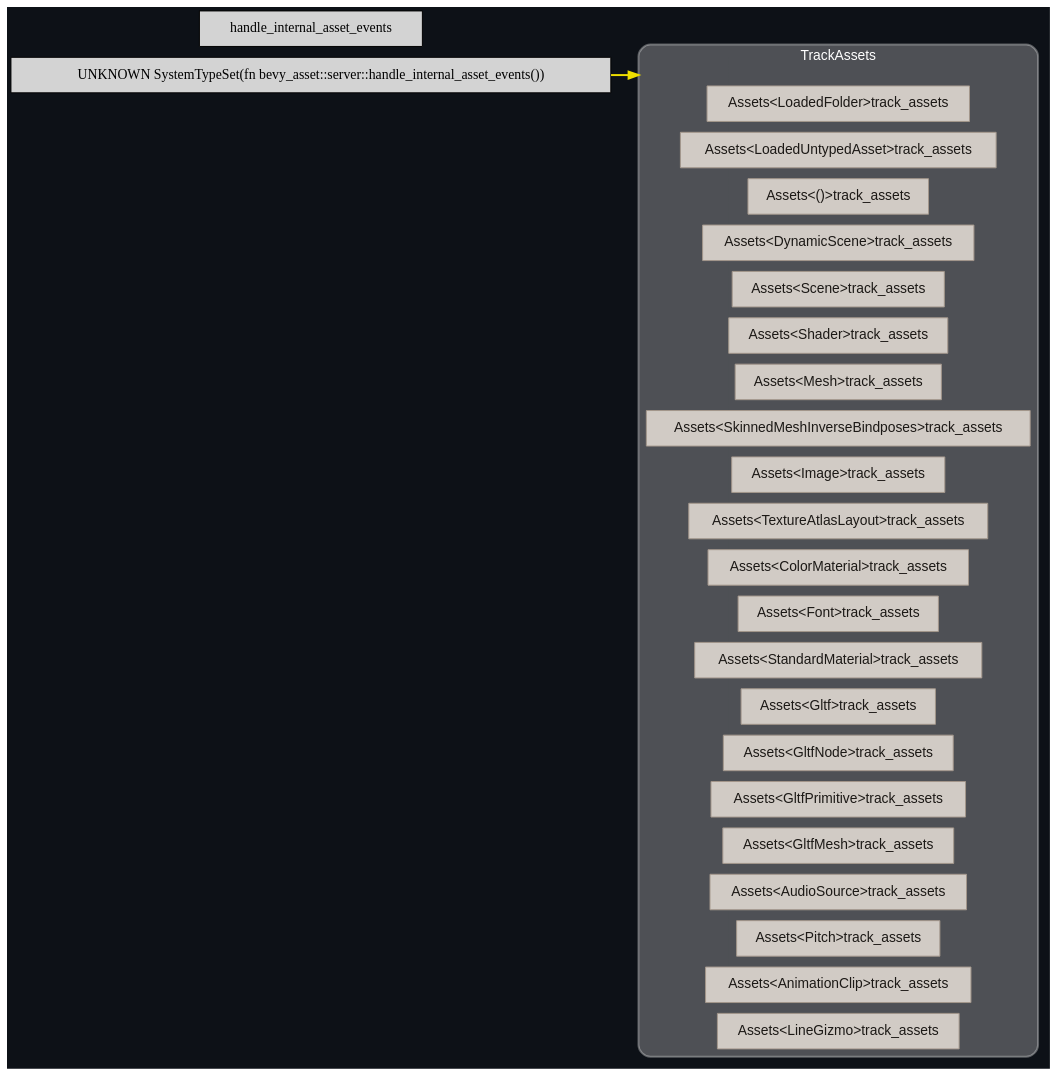
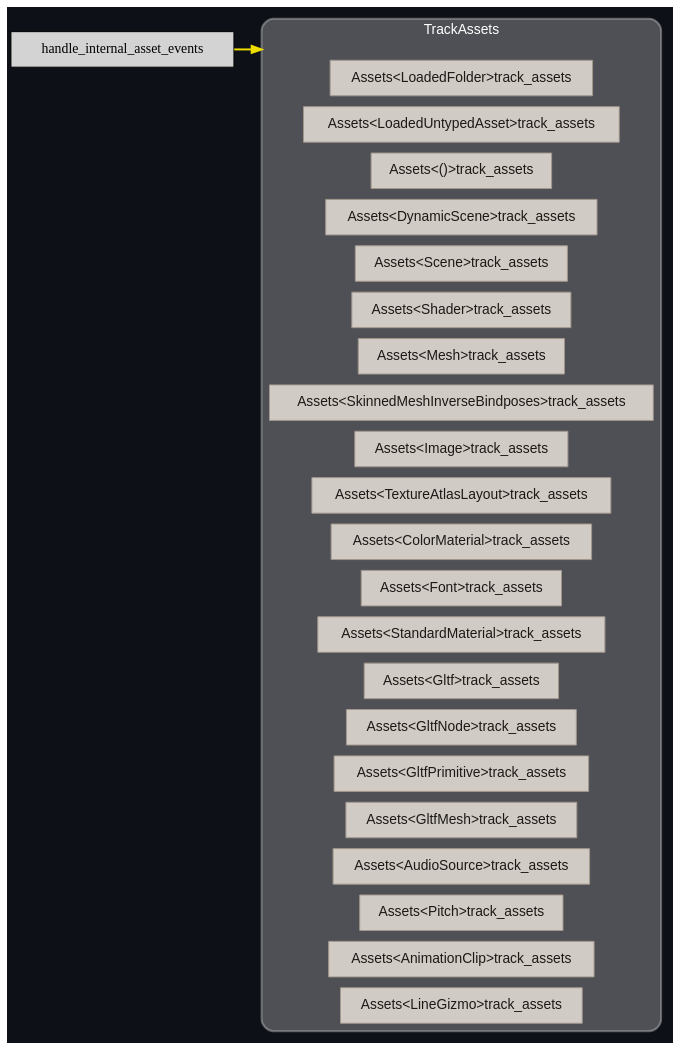
The diagram in docs/schedule/dark/schedule_UpdateAssets.dot (jakobhellermann/bevy_mod_debugdump), drawn with Graphviz before and after one commit. The commit also changed 52 other files, not shown here.

```diff
--- a/docs/schedule/dark/schedule_UpdateAssets.dot
+++ b/docs/schedule/dark/schedule_UpdateAssets.dot
@@ -1,44 +1,44 @@
 digraph "" {
 	"compound"="true";
 	"splines"="spline";
 	"rankdir"="LR";
 	"bgcolor"="#0d1117";
 	"fontname"="Helvetica";
 	"nodesep"="0.15";
 	edge ["penwidth"="2"];
 	node ["shape"="box", "style"="filled"];
 	subgraph "clusternode_Set(1)" {
 		"style"="rounded,filled";
 		"label"="TrackAssets";
 		"tooltip"="TrackAssets";
 		"fillcolor"="#ffffff44";
 		"fontcolor"="#ffffff";
 		"color"="#ffffff50";
 		"penwidth"="2";
 		"set_marker_node_Set(1)" ["style"="invis", "label"="", "height"="0", "shape"="point"]
 		"node_System(0)" ["label"="Assets<LoadedFolder>track_assets", "tooltip"="bevy_asset::assets::Assets<bevy_asset::folder::LoadedFolder>::track_assets", "fillcolor"="#d1cbc5", "fontname"="Helvetica", "fontcolor"="#1c1916", "color"="#a3978c", "penwidth"="1"]
 		"node_System(1)" ["label"="Assets<LoadedUntypedAsset>track_assets", "tooltip"="bevy_asset::assets::Assets<bevy_asset::assets::LoadedUntypedAsset>::track_assets", "fillcolor"="#d1cbc5", "fontname"="Helvetica", "fontcolor"="#1c1916", "color"="#a3978c", "penwidth"="1"]
 		"node_System(2)" ["label"="Assets<()>track_assets", "tooltip"="bevy_asset::assets::Assets<()>::track_assets", "fillcolor"="#d1cbc5", "fontname"="Helvetica", "fontcolor"="#1c1916", "color"="#a3978c", "penwidth"="1"]
 		"node_System(4)" ["label"="Assets<DynamicScene>track_assets", "tooltip"="bevy_asset::assets::Assets<bevy_scene::dynamic_scene::DynamicScene>::track_assets", "fillcolor"="#d1cbc5", "fontname"="Helvetica", "fontcolor"="#1c1916", "color"="#a3978c", "penwidth"="1"]
 		"node_System(5)" ["label"="Assets<Scene>track_assets", "tooltip"="bevy_asset::assets::Assets<bevy_scene::scene::Scene>::track_assets", "fillcolor"="#d1cbc5", "fontname"="Helvetica", "fontcolor"="#1c1916", "color"="#a3978c", "penwidth"="1"]
 		"node_System(6)" ["label"="Assets<Shader>track_assets", "tooltip"="bevy_asset::assets::Assets<bevy_render::render_resource::shader::Shader>::track_assets", "fillcolor"="#d1cbc5", "fontname"="Helvetica", "fontcolor"="#1c1916", "color"="#a3978c", "penwidth"="1"]
 		"node_System(7)" ["label"="Assets<Mesh>track_assets", "tooltip"="bevy_asset::assets::Assets<bevy_render::mesh::mesh::Mesh>::track_assets", "fillcolor"="#d1cbc5", "fontname"="Helvetica", "fontcolor"="#1c1916", "color"="#a3978c", "penwidth"="1"]
 		"node_System(8)" ["label"="Assets<SkinnedMeshInverseBindposes>track_assets", "tooltip"="bevy_asset::assets::Assets<bevy_render::mesh::mesh::skinning::SkinnedMeshInverseBindposes>::track_assets", "fillcolor"="#d1cbc5", "fontname"="Helvetica", "fontcolor"="#1c1916", "color"="#a3978c", "penwidth"="1"]
 		"node_System(9)" ["label"="Assets<Image>track_assets", "tooltip"="bevy_asset::assets::Assets<bevy_render::texture::image::Image>::track_assets", "fillcolor"="#d1cbc5", "fontname"="Helvetica", "fontcolor"="#1c1916", "color"="#a3978c", "penwidth"="1"]
 		"node_System(10)" ["label"="Assets<TextureAtlasLayout>track_assets", "tooltip"="bevy_asset::assets::Assets<bevy_sprite::texture_atlas::TextureAtlasLayout>::track_assets", "fillcolor"="#d1cbc5", "fontname"="Helvetica", "fontcolor"="#1c1916", "color"="#a3978c", "penwidth"="1"]
 		"node_System(11)" ["label"="Assets<ColorMaterial>track_assets", "tooltip"="bevy_asset::assets::Assets<bevy_sprite::mesh2d::color_material::ColorMaterial>::track_assets", "fillcolor"="#d1cbc5", "fontname"="Helvetica", "fontcolor"="#1c1916", "color"="#a3978c", "penwidth"="1"]
 		"node_System(12)" ["label"="Assets<Font>track_assets", "tooltip"="bevy_asset::assets::Assets<bevy_text::font::Font>::track_assets", "fillcolor"="#d1cbc5", "fontname"="Helvetica", "fontcolor"="#1c1916", "color"="#a3978c", "penwidth"="1"]
 		"node_System(13)" ["label"="Assets<StandardMaterial>track_assets", "tooltip"="bevy_asset::assets::Assets<bevy_pbr::pbr_material::StandardMaterial>::track_assets", "fillcolor"="#d1cbc5", "fontname"="Helvetica", "fontcolor"="#1c1916", "color"="#a3978c", "penwidth"="1"]
 		"node_System(14)" ["label"="Assets<Gltf>track_assets", "tooltip"="bevy_asset::assets::Assets<bevy_gltf::Gltf>::track_assets", "fillcolor"="#d1cbc5", "fontname"="Helvetica", "fontcolor"="#1c1916", "color"="#a3978c", "penwidth"="1"]
 		"node_System(15)" ["label"="Assets<GltfNode>track_assets", "tooltip"="bevy_asset::assets::Assets<bevy_gltf::GltfNode>::track_assets", "fillcolor"="#d1cbc5", "fontname"="Helvetica", "fontcolor"="#1c1916", "color"="#a3978c", "penwidth"="1"]
 		"node_System(16)" ["label"="Assets<GltfPrimitive>track_assets", "tooltip"="bevy_asset::assets::Assets<bevy_gltf::GltfPrimitive>::track_assets", "fillcolor"="#d1cbc5", "fontname"="Helvetica", "fontcolor"="#1c1916", "color"="#a3978c", "penwidth"="1"]
 		"node_System(17)" ["label"="Assets<GltfMesh>track_assets", "tooltip"="bevy_asset::assets::Assets<bevy_gltf::GltfMesh>::track_assets", "fillcolor"="#d1cbc5", "fontname"="Helvetica", "fontcolor"="#1c1916", "color"="#a3978c", "penwidth"="1"]
 		"node_System(18)" ["label"="Assets<AudioSource>track_assets", "tooltip"="bevy_asset::assets::Assets<bevy_audio::audio_source::AudioSource>::track_assets", "fillcolor"="#d1cbc5", "fontname"="Helvetica", "fontcolor"="#1c1916", "color"="#a3978c", "penwidth"="1"]
 		"node_System(19)" ["label"="Assets<Pitch>track_assets", "tooltip"="bevy_asset::assets::Assets<bevy_audio::pitch::Pitch>::track_assets", "fillcolor"="#d1cbc5", "fontname"="Helvetica", "fontcolor"="#1c1916", "color"="#a3978c", "penwidth"="1"]
 		"node_System(20)" ["label"="Assets<AnimationClip>track_assets", "tooltip"="bevy_asset::assets::Assets<bevy_animation::AnimationClip>::track_assets", "fillcolor"="#d1cbc5", "fontname"="Helvetica", "fontcolor"="#1c1916", "color"="#a3978c", "penwidth"="1"]
 		"node_System(21)" ["label"="Assets<LineGizmo>track_assets", "tooltip"="bevy_asset::assets::Assets<bevy_gizmos::LineGizmo>::track_assets", "fillcolor"="#d1cbc5", "fontname"="Helvetica", "fontcolor"="#1c1916", "color"="#a3978c", "penwidth"="1"]
 	}
 	
 	"node_System(3)" ["label"="handle_internal_asset_events", "tooltip"="bevy_asset::server::handle_internal_asset_events"]
-	"UNKNOWN SystemTypeSet(fn bevy_asset::server::handle_internal_asset_events())" -> "set_marker_node_Set(1)" ["lhead"="clusternode_Set(1)", "ltail"="", "tooltip"="SystemTypeSet(handle_internal_asset_events()) → TrackAssets", "color"="#eede00"]
+	"node_System(3)" -> "set_marker_node_Set(1)" ["lhead"="clusternode_Set(1)", "ltail"="", "tooltip"="SystemTypeSet(ExclusiveFunctionSystem<fn(), handle_internal_asset_events>()) → TrackAssets", "color"="#eede00"]
 }
```
